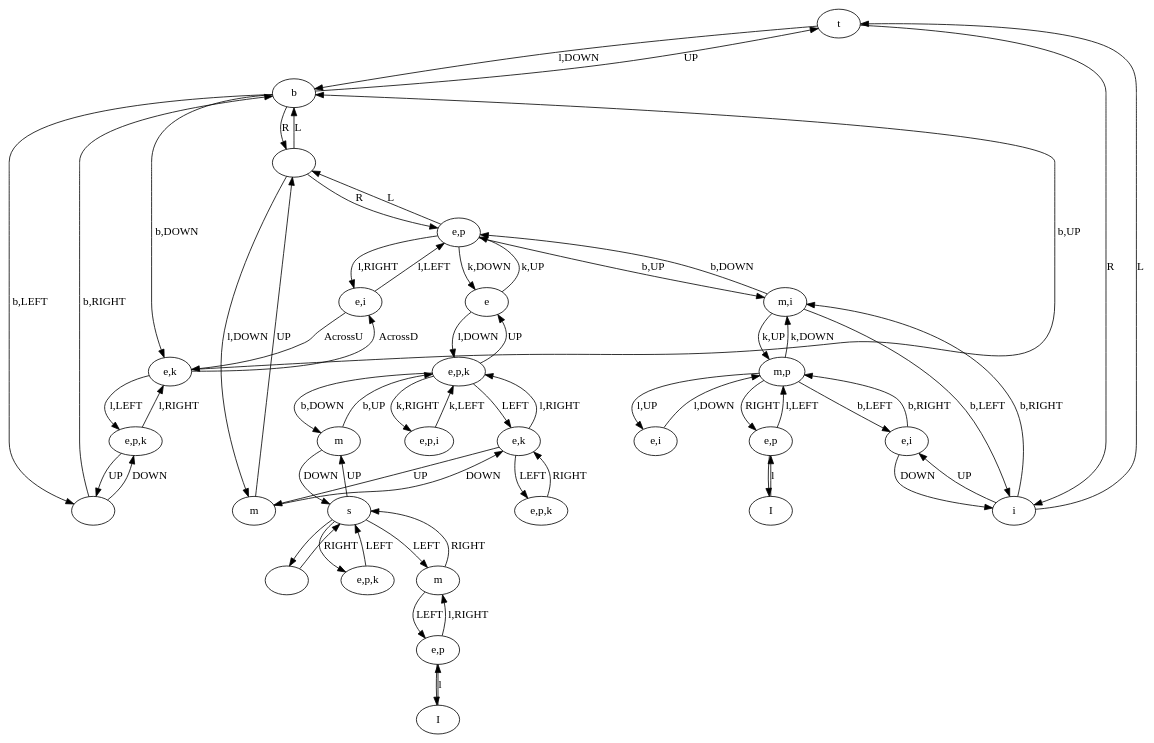
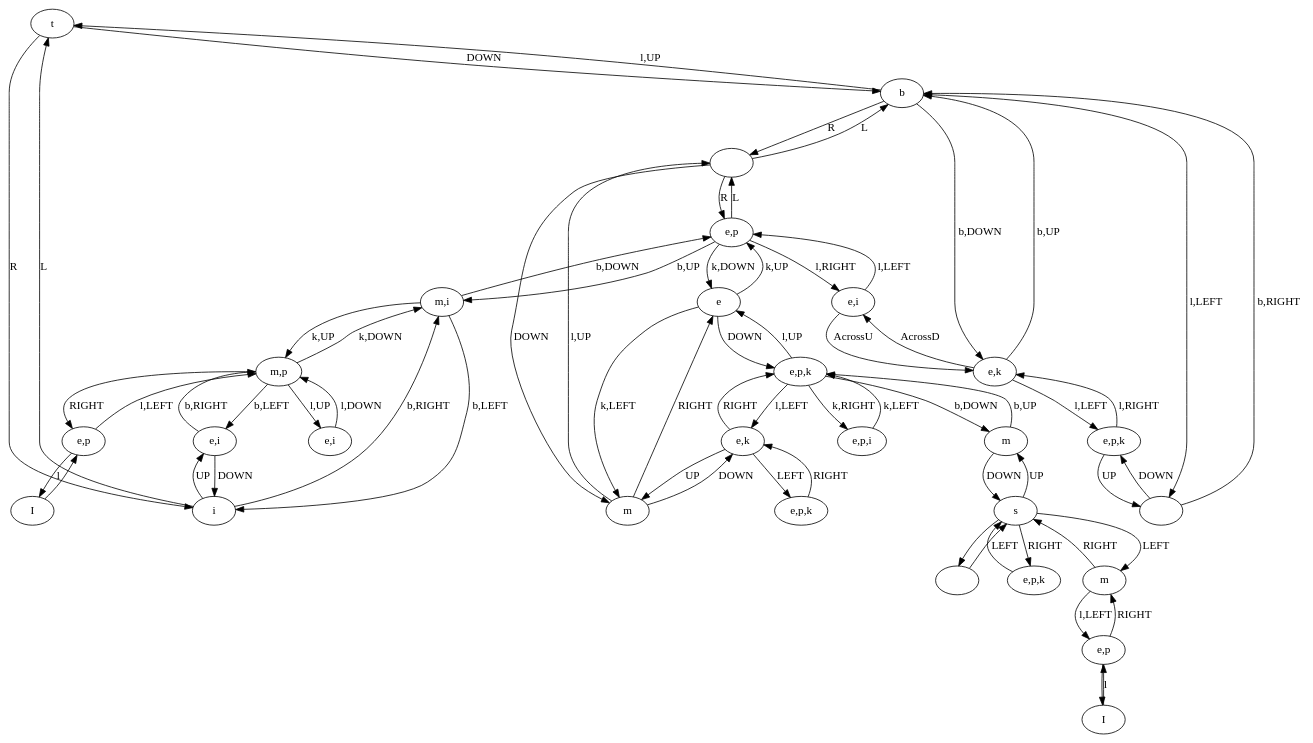
One commit to schrum2/MM-NEAT changed the diagram in data/VGLC/Zelda/Graph Processed/tloz8_1_flip.dot. Above: the diagram before and after it, drawn with Graphviz. The commit also changed 66 other files, not shown here.

```diff
--- a/data/VGLC/Zelda/Graph Processed/tloz8_1_flip.dot
+++ b/data/VGLC/Zelda/Graph Processed/tloz8_1_flip.dot
@@ -1,94 +1,96 @@
 digraph {
 0 [label="t"]
 1 [label="e,i"]
 2 [label="e,i"]
 3 [label="e,p"]
 4 [label="e,i"]
 5 [label="m,p"]
 6 [label=""]
 7 [label="b"]
 8 [label="I"]
 9 [label="m"]
 10 [label=""]
 11 [label="e,p,k"]
 12 [label="s"]
 13 [label="m"]
 14 [label="e,p"]
 15 [label="e,p,i"]
 16 [label="e,p,k"]
 17 [label="e,k"]
 18 [label="e,p,k"]
 19 [label="e,k"]
 20 [label="e,p,k"]
 21 [label="e"]
 22 [label="m"]
 23 [label="e,p"]
 24 [label=""]
 25 [label="m,i"]
 26 [label="i"]
 27 [label="I"]
 10 -> 12 [label=""]
 12 -> 10 [label=""]
 12 -> 11 [label="RIGHT"]
 11 -> 12 [label="LEFT"]
 12 -> 13 [label="LEFT"]
 13 -> 12 [label="RIGHT"]
 12 -> 9 [label="UP"]
 9 -> 12 [label="DOWN"]
 17 -> 18 [label="LEFT"]
 18 -> 17 [label="RIGHT"]
 17 -> 22 [label="UP"]
 22 -> 17 [label="DOWN"]
 20 -> 6 [label="UP"]
 6 -> 20 [label="DOWN"]
 4 -> 26 [label="DOWN"]
 26 -> 4 [label="UP"]
 9 -> 16 [label="b,UP"]
 16 -> 9 [label="b,DOWN"]
 19 -> 7 [label="b,UP"]
 7 -> 19 [label="b,DOWN"]
-7 -> 6 [label="b,LEFT"]
+7 -> 6 [label="l,LEFT"]
 6 -> 7 [label="b,RIGHT"]
 23 -> 25 [label="b,UP"]
 25 -> 23 [label="b,DOWN"]
 25 -> 26 [label="b,LEFT"]
 26 -> 25 [label="b,RIGHT"]
 4 -> 5 [label="b,RIGHT"]
 5 -> 4 [label="b,LEFT"]
-13 -> 14 [label="LEFT"]
-14 -> 13 [label="l,RIGHT"]
+13 -> 14 [label="l,LEFT"]
+14 -> 13 [label="RIGHT"]
 14 -> 8 [label=""]
 8 -> 14 [label="l"]
-16 -> 21 [label="UP"]
-21 -> 16 [label="l,DOWN"]
-16 -> 17 [label="LEFT"]
-17 -> 16 [label="l,RIGHT"]
-22 -> 24 [label="UP"]
-24 -> 22 [label="l,DOWN"]
+16 -> 21 [label="l,UP"]
+21 -> 16 [label="DOWN"]
+16 -> 17 [label="l,LEFT"]
+17 -> 16 [label="RIGHT"]
+22 -> 24 [label="l,UP"]
+24 -> 22 [label="DOWN"]
 5 -> 3 [label="RIGHT"]
 3 -> 5 [label="l,LEFT"]
 5 -> 2 [label="l,UP"]
 2 -> 5 [label="l,DOWN"]
-3 -> 27 [label=""]
-27 -> 3 [label="l"]
+3 -> 27 [label="l"]
+27 -> 3 [label=""]
 1 -> 23 [label="l,LEFT"]
 23 -> 1 [label="l,RIGHT"]
 23 -> 24 [label="L"]
 24 -> 23 [label="R"]
 19 -> 20 [label="l,LEFT"]
 20 -> 19 [label="l,RIGHT"]
-7 -> 0 [label="UP"]
-0 -> 7 [label="l,DOWN"]
+7 -> 0 [label="l,UP"]
+0 -> 7 [label="DOWN"]
 19 -> 1 [label="AcrossD"]
 1 -> 19 [label="AcrossU"]
 25 -> 5 [label="k,UP"]
 5 -> 25 [label="k,DOWN"]
 21 -> 23 [label="k,UP"]
 23 -> 21 [label="k,DOWN"]
 16 -> 15 [label="k,RIGHT"]
 15 -> 16 [label="k,LEFT"]
 26 -> 0 [label="L"]
 0 -> 26 [label="R"]
 7 -> 24 [label="R"]
 24 -> 7 [label="L"]
+21 -> 22 [label="k,LEFT"]
+22 -> 21 [label="RIGHT"]
 }
```
